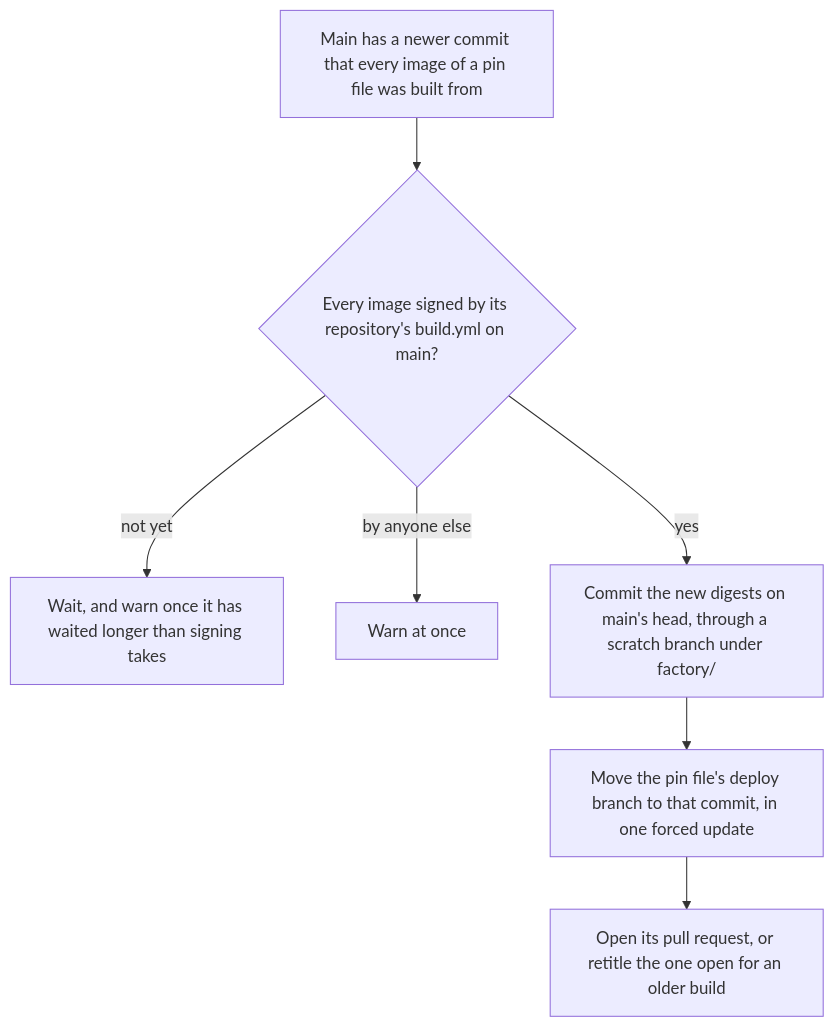
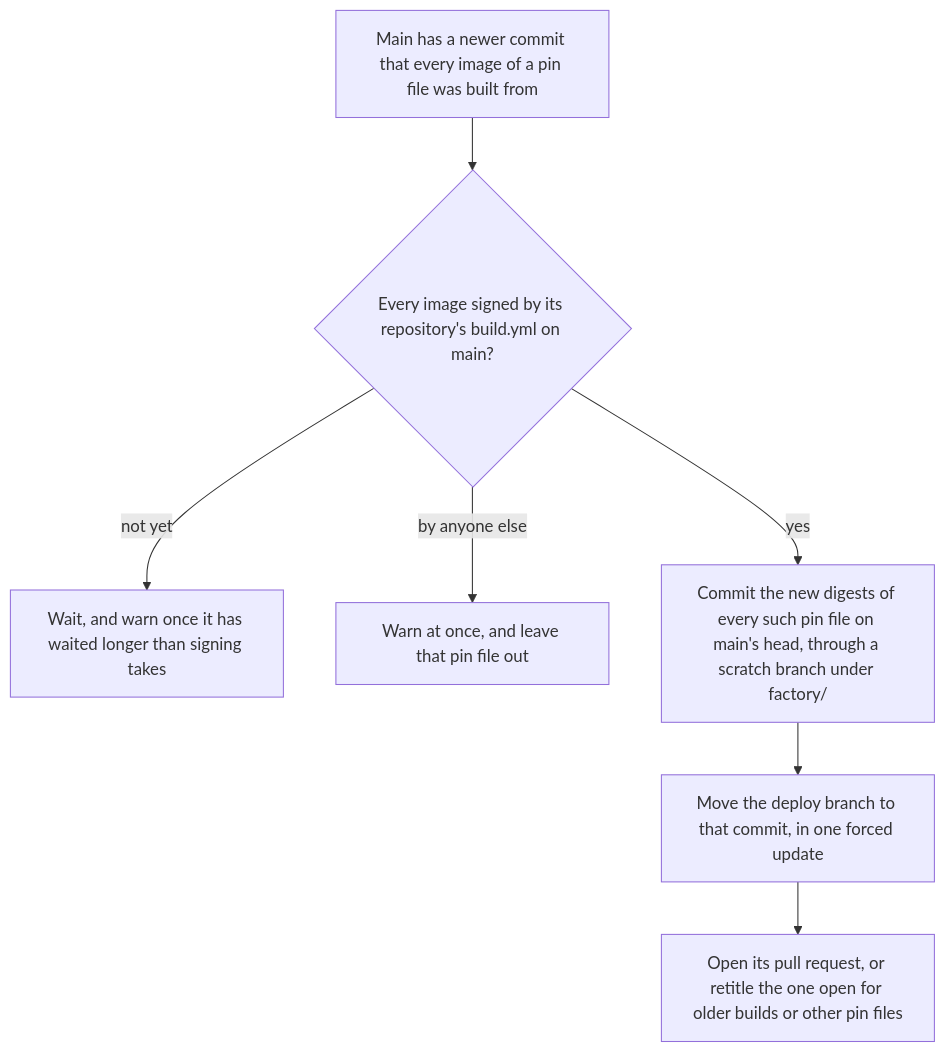
One commit to mrogan/cv-software-factory changed the second of 2 diagrams in docs/COMPONENTS/GITHUB-WORKER.md. Above: the diagram before and after it, drawn with Mermaid. The commit also changed other lines of this file and 10 other files, not shown here.

````diff
--- a/docs/COMPONENTS/GITHUB-WORKER.md
+++ b/docs/COMPONENTS/GITHUB-WORKER.md
@@ -85,9 +85,9 @@
 ```mermaid
 flowchart TD
   build[Main has a newer commit that every image of a pin file was built from] --> signed{Every image signed by its repository's build.yml on main?}
   signed -- "not yet" --> wait["Wait, and warn once it has waited longer than signing takes"]
-  signed -- "by anyone else" --> warn[Warn at once]
-  signed -- yes --> commit[Commit the new digests on main's head, through a scratch branch under factory/]
-  commit --> move[Move the pin file's deploy branch to that commit, in one forced update]
-  move --> pr[Open its pull request, or retitle the one open for an older build]
+  signed -- "by anyone else" --> warn[Warn at once, and leave that pin file out]
+  signed -- yes --> commit[Commit the new digests of every such pin file on main's head, through a scratch branch under factory/]
+  commit --> move[Move the deploy branch to that commit, in one forced update]
+  move --> pr[Open its pull request, or retitle the one open for older builds or other pin files]
 ```
````
